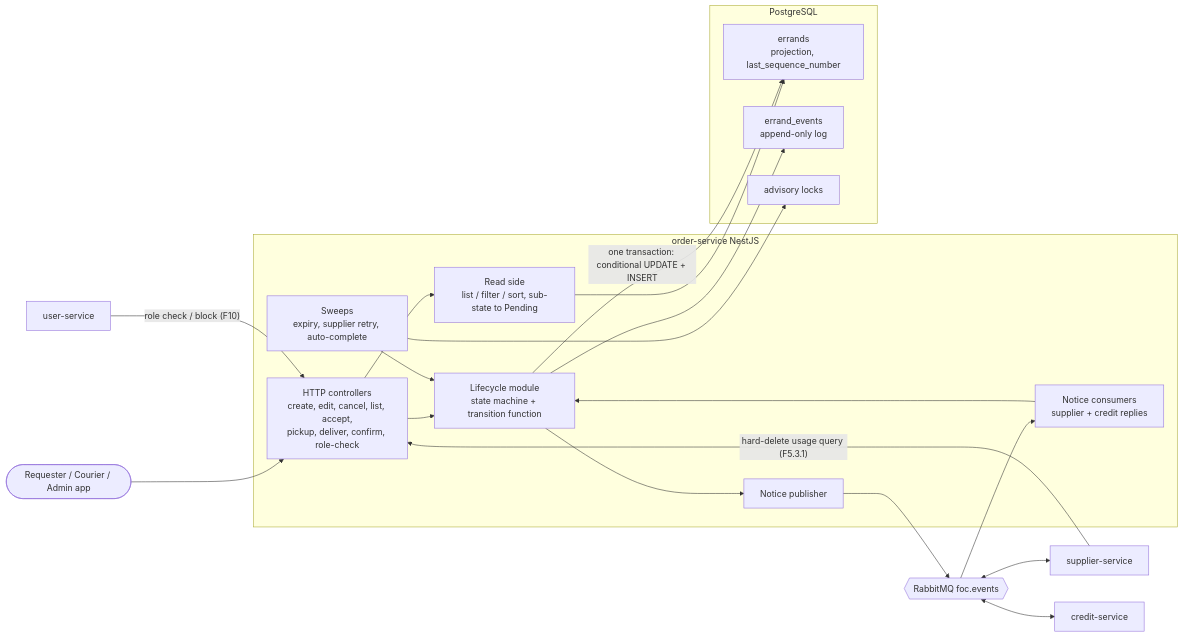
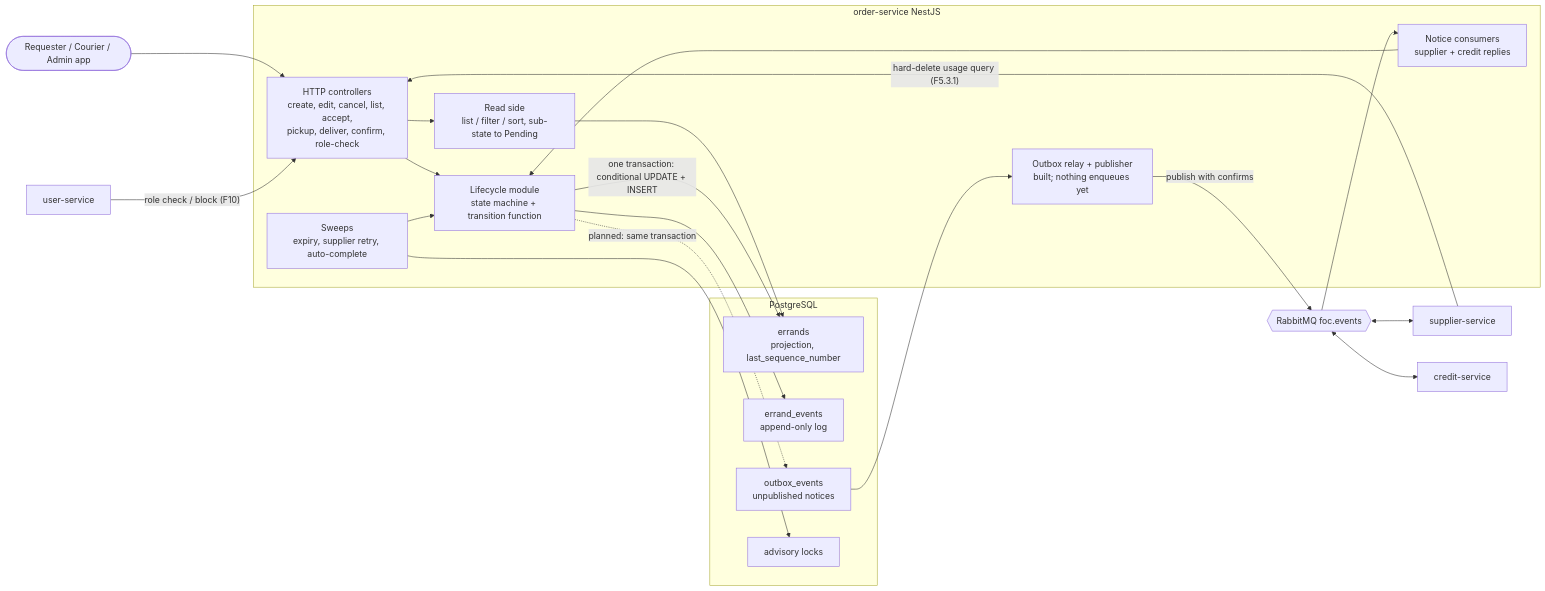
One commit to AY2627S1-CS3219-P27/FoC changed the first of 4 diagrams in order-service/ARCHITECTURE.md. Above: the diagram before and after it, drawn with Mermaid. The commit also changed other lines of this file and 4 other files, not shown here.

````diff
--- a/order-service/ARCHITECTURE.md
+++ b/order-service/ARCHITECTURE.md
@@ -7,41 +7,43 @@
 ```mermaid
 flowchart LR
   Client([Requester / Courier / Admin app])
   User[user-service]
   Supplier[supplier-service]
   Credit[credit-service]
 
   subgraph OS[order-service NestJS]
     API[HTTP controllers<br/>create, edit, cancel, list, accept,<br/>pickup, deliver, confirm, role-check]
     Life[Lifecycle module<br/>state machine + transition function]
     Read[Read side<br/>list / filter / sort, sub-state to Pending]
     Consumers[Notice consumers<br/>supplier + credit replies]
-    Pub[Notice publisher]
+    Outbox[Outbox relay + publisher<br/>built; nothing enqueues yet]
     Sweeps[Sweeps<br/>expiry, supplier retry, auto-complete]
   end
 
   subgraph PG[PostgreSQL]
     Errands[errands<br/>projection, last_sequence_number]
     Events[errand_events<br/>append-only log]
+    OutboxT[outbox_events<br/>unpublished notices]
     Locks[advisory locks]
   end
 
   MQ{{RabbitMQ foc.events}}
 
   Client --> API
   User -- "role check / block (F10)" --> API
   Supplier -- "hard-delete usage query (F5.3.1)" --> API
   API --> Life
   API --> Read
   Read --> Errands
   Life -->|"one transaction: conditional UPDATE + INSERT"| Errands
   Life --> Events
   Sweeps --> Locks
   Sweeps --> Life
-  Life --> Pub
-  Pub --> MQ
+  Life -.->|"planned: same transaction"| OutboxT
+  OutboxT --> Outbox
+  Outbox -->|"publish with confirms"| MQ
   MQ --> Consumers
   Consumers --> Life
   MQ <--> Supplier
   MQ <--> Credit
 ```
````
